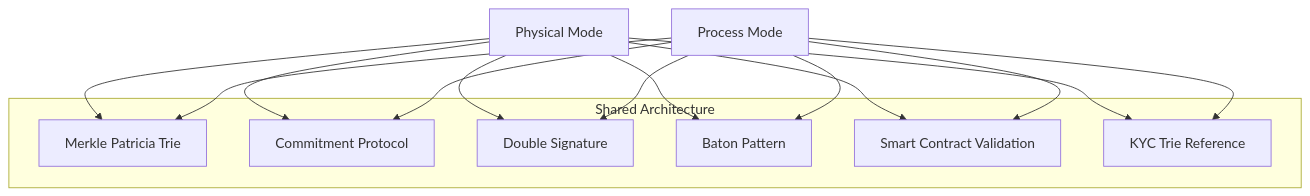
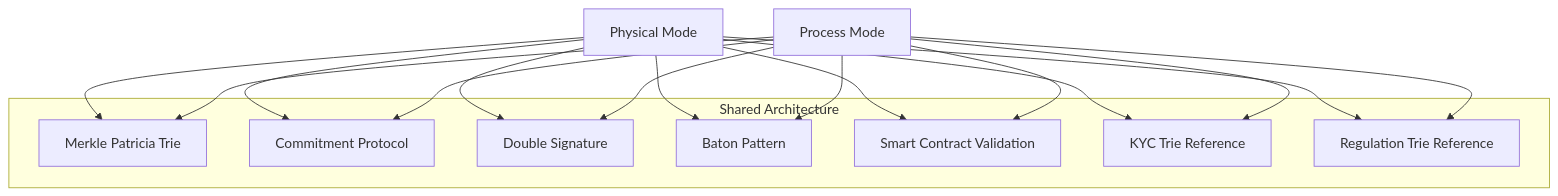
Before and after one commit to lambdasistemi/cardano-for-regulators: diagram 17 of 19 in docs/framework/schema.md, drawn with Mermaid. The commit also changed other lines of this file and 1 other file, not shown here.

Commit message:
add regulation trie, on-chain/off-chain verification split, institutional responsibility

````diff
--- a/docs/framework/schema.md
+++ b/docs/framework/schema.md
@@ -507,24 +633,27 @@
 ```mermaid
 graph TD
     subgraph Shared Architecture
         MPT[Merkle Patricia Trie]
         COMMIT[Commitment Protocol]
         DSIG[Double Signature]
         BATON[Baton Pattern]
         SC[Smart Contract Validation]
         KYCC[KYC Trie Reference]
+        REGC[Regulation Trie Reference]
     end
 
     PHYS[Physical Mode] --> MPT
     PROC[Process Mode] --> MPT
     PHYS --> COMMIT
     PROC --> COMMIT
     PHYS --> DSIG
     PROC --> DSIG
     PHYS --> BATON
     PROC --> BATON
     PHYS --> SC
     PROC --> SC
     PHYS --> KYCC
     PROC --> KYCC
+    PHYS --> REGC
+    PROC --> REGC
 ```
````
